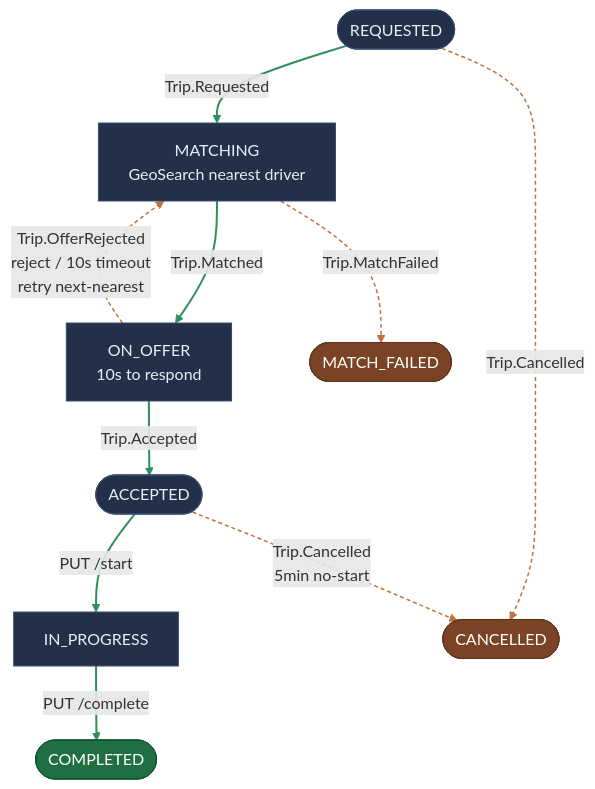
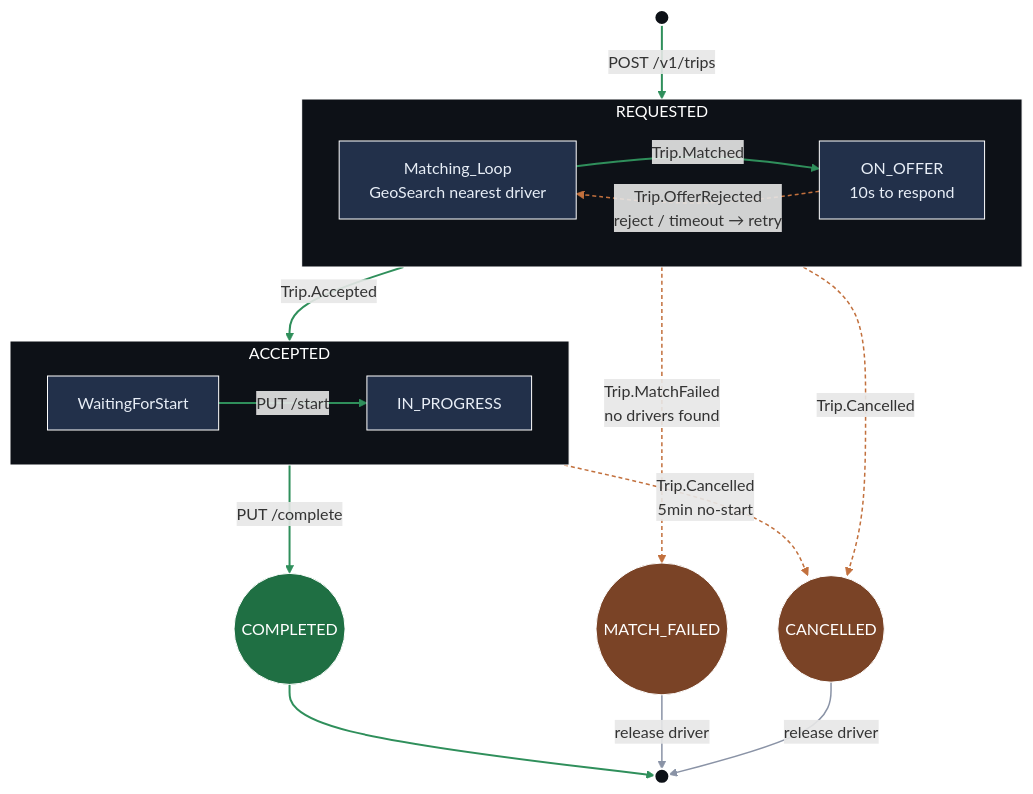
Before and after one commit to Ama2352/vroom-services: the second of 2 diagrams in README.md, drawn with Mermaid. The commit also changed other lines of this file, not shown here.

Commit message:
docs: restyle Outbox/Saga diagrams to match report reference images
Outbox is now a numbered horizontal pipeline (①-④) mirroring
h31-outbox-pattern.png, with the actual XADD event type shown.
Saga is a grouped composite-state flowchart mirroring
h32-saga-waterfall.png, with real domain event names
(Trip.Matched, Trip.Accepted, Trip.OfferRejected, Trip.MatchFailed,
Trip.Cancelled) on every transition instead of generic labels.

````diff
--- a/README.md
+++ b/README.md
@@ -64,32 +64,46 @@
 ```mermaid
 flowchart TD
-    REQUESTED(["REQUESTED"])
-    MATCHING["MATCHING<br/>GeoSearch nearest driver"]
-    ON_OFFER["ON_OFFER<br/>10s to respond"]
-    ACCEPTED(["ACCEPTED"])
-    IN_PROGRESS["IN_PROGRESS"]
-    COMPLETED(["COMPLETED"])
-    MATCH_FAILED(["MATCH_FAILED"])
-    CANCELLED(["CANCELLED"])
+    start((" ")) -->|"POST /v1/trips"| REQ
 
-    REQUESTED -->|Trip.Requested| MATCHING
-    MATCHING -->|Trip.Matched| ON_OFFER
-    ON_OFFER -->|Trip.Accepted| ACCEPTED
-    ACCEPTED -->|PUT /start| IN_PROGRESS
-    IN_PROGRESS -->|PUT /complete| COMPLETED
+    subgraph REQ["REQUESTED"]
+        direction LR
+        ML["Matching_Loop<br/>GeoSearch nearest driver"]
+        OFFER["ON_OFFER<br/>10s to respond"]
+        ML -->|"Trip.Matched"| OFFER
+        OFFER -.->|"Trip.OfferRejected<br/>reject / timeout → retry"| ML
+    end
 
-    ON_OFFER -.->|"Trip.OfferRejected<br/>reject / 10s timeout<br/>retry next-nearest"| MATCHING
-    MATCHING -.->|Trip.MatchFailed| MATCH_FAILED
-    REQUESTED -.->|Trip.Cancelled| CANCELLED
-    ACCEPTED -.->|"Trip.Cancelled<br/>5min no-start"| CANCELLED
+    REQ -->|"Trip.Accepted"| ACC
 
-    classDef step fill:#22304a,stroke:#3a4d73,color:#e8eef7
-    classDef done fill:#1f6f43,stroke:#154f30,color:#ffffff
-    classDef stop fill:#7a4326,stroke:#5c331c,color:#ffffff
-    class REQUESTED,MATCHING,ON_OFFER,ACCEPTED,IN_PROGRESS step
+    subgraph ACC["ACCEPTED"]
+        direction LR
+        WAIT["WaitingForStart"]
+        PROG["IN_PROGRESS"]
+        WAIT -->|"PUT /start"| PROG
+    end
+
+    PROG -->|"PUT /complete"| COMPLETED(("COMPLETED"))
+    ML -.->|"Trip.MatchFailed<br/>no drivers found"| FAILED(("MATCH_FAILED"))
+    REQ -.->|"Trip.Cancelled"| CANCELLED(("CANCELLED"))
+    WAIT -.->|"Trip.Cancelled<br/>5min no-start"| CANCELLED
+
+    COMPLETED --> stop((" "))
+    FAILED -->|"release driver"| stop
+    CANCELLED -->|"release driver"| stop
+
+    style REQ fill:#0d1117,stroke:#ffffff,color:#ffffff
+    style ACC fill:#0d1117,stroke:#ffffff,color:#ffffff
+
+    classDef state fill:#22304a,stroke:#ffffff,stroke-width:1px,color:#e8eef7
+    classDef done fill:#1f6f43,stroke:#ffffff,stroke-width:1px,color:#ffffff
+    classDef stop fill:#7a4326,stroke:#ffffff,stroke-width:1px,color:#ffffff
+    classDef edgeNode fill:#0d1117,stroke:#ffffff,stroke-width:2px,color:#ffffff
+    class ML,OFFER,WAIT,PROG state
     class COMPLETED done
-    class MATCH_FAILED,CANCELLED stop
+    class FAILED,CANCELLED stop
+    class start,stop edgeNode
 
-    linkStyle 0,1,2,3,4 stroke:#2f8f5b,stroke-width:2px
-    linkStyle 5,6,7,8 stroke:#c2703d,stroke-width:1.5px,stroke-dasharray: 4 3
+    linkStyle 0,1,3,4,5,9 stroke:#2f8f5b,stroke-width:2px
+    linkStyle 2,6,7,8 stroke:#c2703d,stroke-width:1.5px,stroke-dasharray: 4 3
+    linkStyle 10,11 stroke:#8a93a6,stroke-width:1.5px
 ```
````
